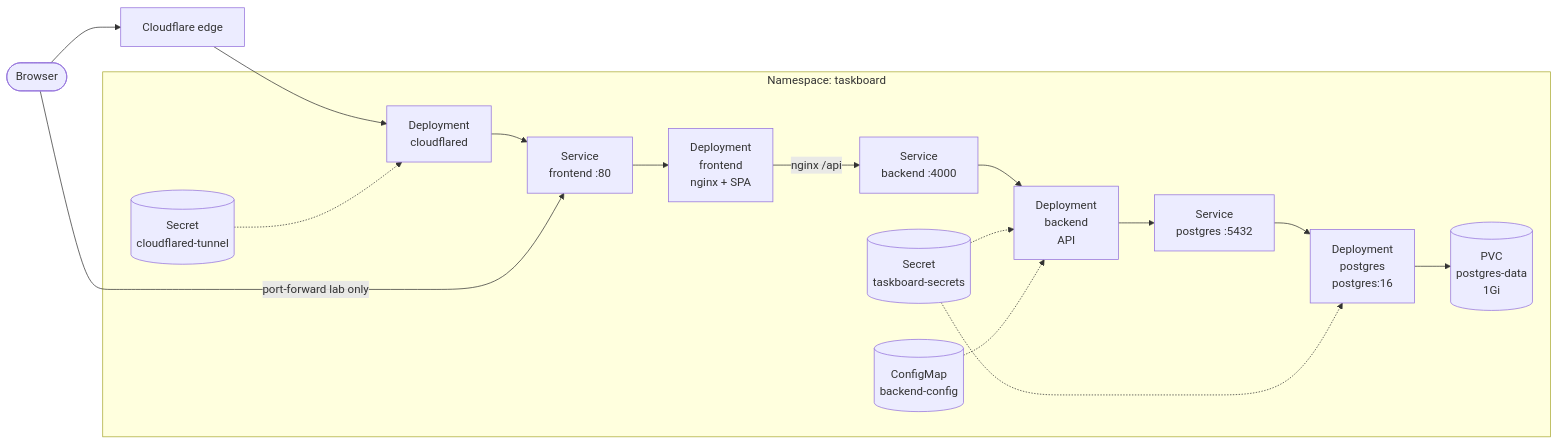
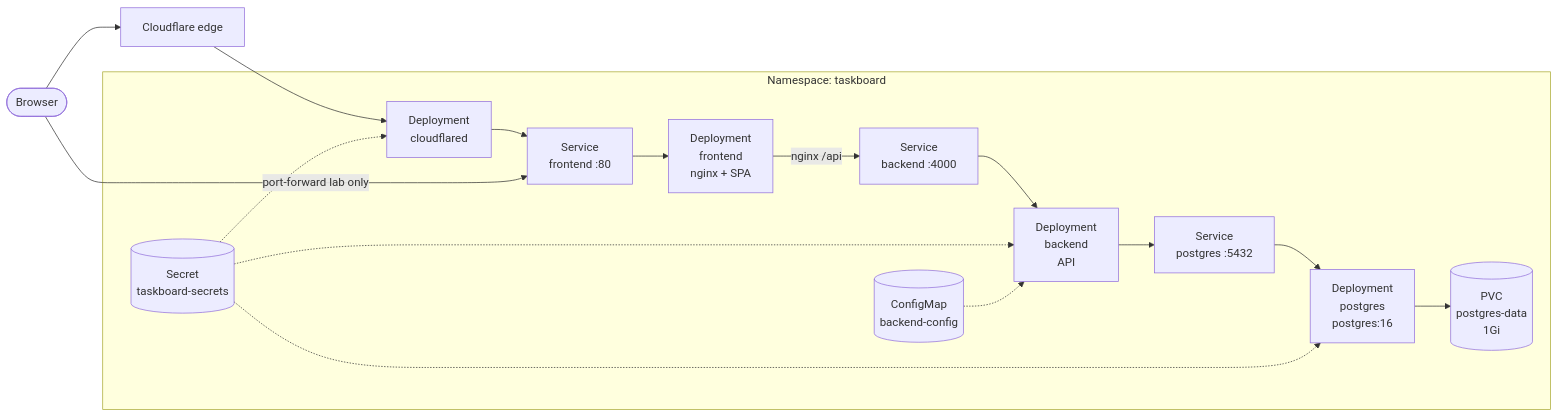
One commit to FinnTheHero/taskboard-k8s changed the diagram in README.md. Above: the diagram before and after it, drawn with Mermaid. The commit also changed other lines of this file, not shown here.

````diff
--- a/README.md
+++ b/README.md
@@ -16,36 +16,35 @@
 ```mermaid
 flowchart LR
   Browser([Browser])
   CF[Cloudflare edge]
 
   subgraph cluster["Namespace: taskboard"]
     Tunnel["Deployment<br/>cloudflared"]
     FrontendSvc["Service<br/>frontend :80"]
     BackendSvc["Service<br/>backend :4000"]
     PostgresSvc["Service<br/>postgres :5432"]
 
     FrontendPod["Deployment<br/>frontend<br/>nginx + SPA"]
     BackendPod["Deployment<br/>backend<br/>API"]
     PostgresPod["Deployment<br/>postgres<br/>postgres:16"]
 
     PVC[("PVC<br/>postgres-data<br/>1Gi")]
     Secret[("Secret<br/>taskboard-secrets")]
-    TunnelSecret[("Secret<br/>cloudflared-tunnel")]
     ConfigMap[("ConfigMap<br/>backend-config")]
   end
 
   Browser --> CF
   CF --> Tunnel
   Tunnel --> FrontendSvc
   Browser -->|"port-forward lab only"| FrontendSvc
   FrontendSvc --> FrontendPod
   FrontendPod -->|"nginx /api"| BackendSvc
   BackendSvc --> BackendPod
   BackendPod --> PostgresSvc
   PostgresSvc --> PostgresPod
   PostgresPod --> PVC
   Secret -.-> BackendPod
   Secret -.-> PostgresPod
-  TunnelSecret -.-> Tunnel
+  Secret -.-> Tunnel
   ConfigMap -.-> BackendPod
 ```
````
